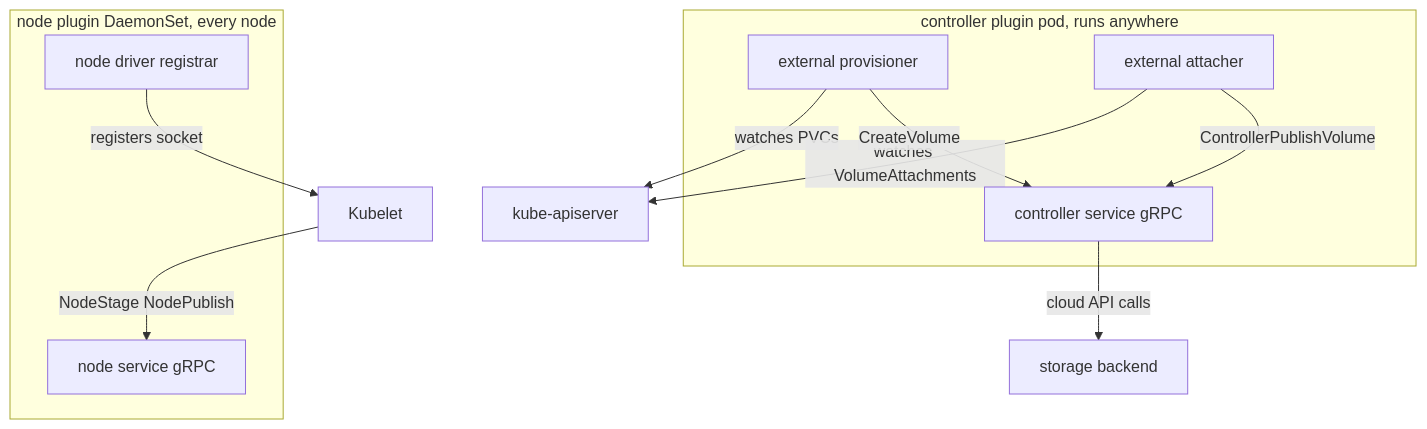
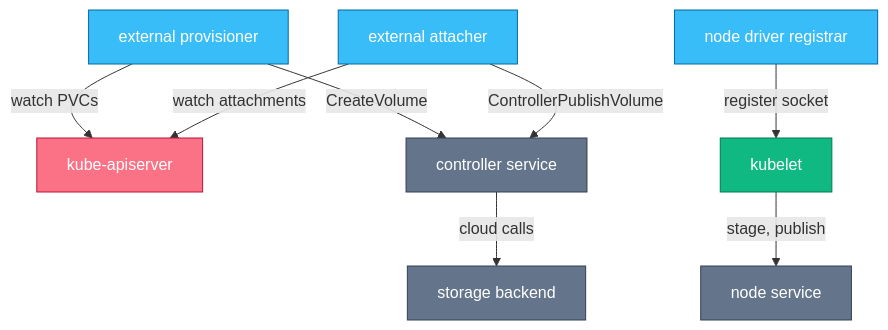
The first of 3 diagrams in chapters/ch08.md (sanketsudake/k8s-worksheet), drawn with Mermaid before and after one commit. The commit also changed other lines of this file and 2 other files, not shown here.

First line of the commit message:
ch04, ch08, ch09: shrink diagrams as far as text allows

````diff
--- a/chapters/ch08.md
+++ b/chapters/ch08.md
@@ -33,20 +33,27 @@
 ```mermaid
 flowchart TD
     API[kube-apiserver]
-    subgraph CPod[controller plugin pod, runs anywhere]
-        Prov[external provisioner]
-        Att[external attacher]
-        CP[controller service gRPC]
-    end
-    subgraph NPod[node plugin DaemonSet, every node]
-        Reg[node driver registrar]
-        NP[node service gRPC]
-    end
-    Prov -->|watches PVCs| API
-    Att -->|watches VolumeAttachments| API
+    Prov[external provisioner]
+    Att[external attacher]
+    CP[controller service]
+    Reg[node driver registrar]
+    NP[node service]
+    Kubelet[kubelet]
+    SB[storage backend]
+    Prov -->|watch PVCs| API
+    Att -->|watch attachments| API
     Prov -->|CreateVolume| CP
     Att -->|ControllerPublishVolume| CP
-    CP -->|cloud API calls| SB[storage backend]
-    Reg -->|registers socket| Kubelet
-    Kubelet -->|NodeStage NodePublish| NP
+    CP -->|cloud calls| SB
+    Reg -->|register socket| Kubelet
+    Kubelet -->|stage, publish| NP
+
+    classDef resource fill:#fb7185,stroke:#be123c,color:#fff
+    classDef process fill:#38bdf8,stroke:#0369a1,color:#fff
+    classDef external fill:#64748b,stroke:#334155,color:#fff
+    classDef leader fill:#10b981,stroke:#047857,color:#fff
+    class API resource
+    class Prov,Att,Reg process
+    class CP,NP,SB external
+    class Kubelet leader
 ```
````
